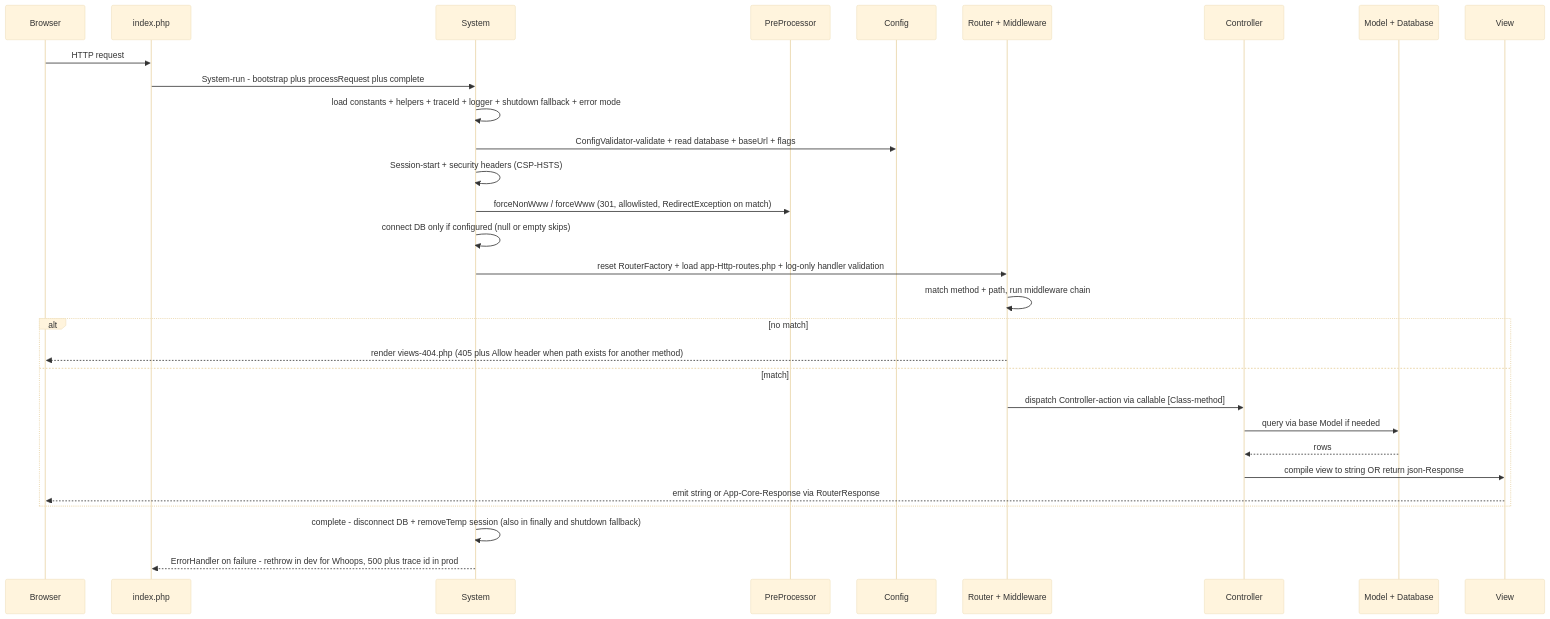
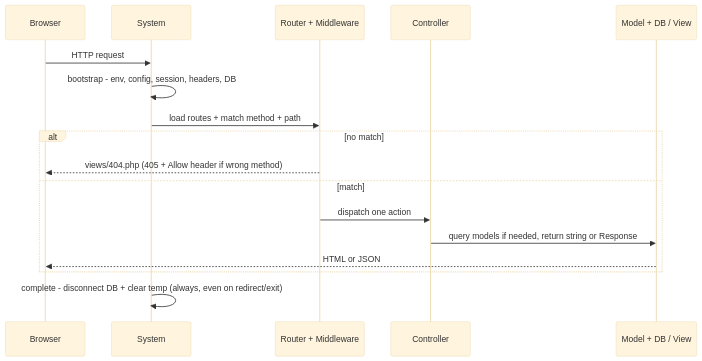
One commit to im4aLL/roolith-framework changed the third of 3 diagrams in documentation/docs/architecture.md. Above: the diagram before and after it, drawn with Mermaid (base theme). The commit also changed other lines of this file and 25 other files, not shown here.

````diff
--- a/documentation/docs/architecture.md
+++ b/documentation/docs/architecture.md
@@ -117,32 +71,19 @@
 ```mermaid
 sequenceDiagram
     participant Browser
-    participant Entry as index.php
     participant Sys as System
-    participant Pre as PreProcessor
-    participant Cfg as Config
     participant R as Router + Middleware
     participant C as Controller
-    participant M as Model + Database
-    participant V as View
-    Browser->>Entry: HTTP request
-    Entry->>Sys: System-run - bootstrap plus processRequest plus complete
-    Sys->>Sys: load constants + helpers + traceId + logger + shutdown fallback + error mode
-    Sys->>Cfg: ConfigValidator-validate + read database + baseUrl + flags
-    Sys->>Sys: Session-start + security headers (CSP-HSTS)
-    Sys->>Pre: forceNonWww / forceWww (301, allowlisted, RedirectException on match)
-    Sys->>Sys: connect DB only if configured (null or empty skips)
-    Sys->>R: reset RouterFactory + load app-Http-routes.php + log-only handler validation
-    R->>R: match method + path, run middleware chain
+    participant D as Model + DB / View
+    Browser->>Sys: HTTP request
+    Sys->>Sys: bootstrap - env, config, session, headers, DB
+    Sys->>R: load routes + match method + path
     alt no match
-        R-->>Browser: render views-404.php (405 plus Allow header when path exists for another method)
+        R-->>Browser: views/404.php (405 + Allow header if wrong method)
     else match
-        R->>C: dispatch Controller-action via callable [Class-method]
-        C->>M: query via base Model if needed
-        M-->>C: rows
-        C->>V: compile view to string OR return json-Response
-        V-->>Browser: emit string or App-Core-Response via RouterResponse
+        R->>C: dispatch one action
+        C->>D: query models if needed, return string or Response
+        D-->>Browser: HTML or JSON
     end
-    Sys->>Sys: complete - disconnect DB + removeTemp session (also in finally and shutdown fallback)
-    Sys-->>Entry: ErrorHandler on failure - rethrow in dev for Whoops, 500 plus trace id in prod
+    Sys->>Sys: complete - disconnect DB + clear temp (always, even on redirect/exit)
 ```
````
